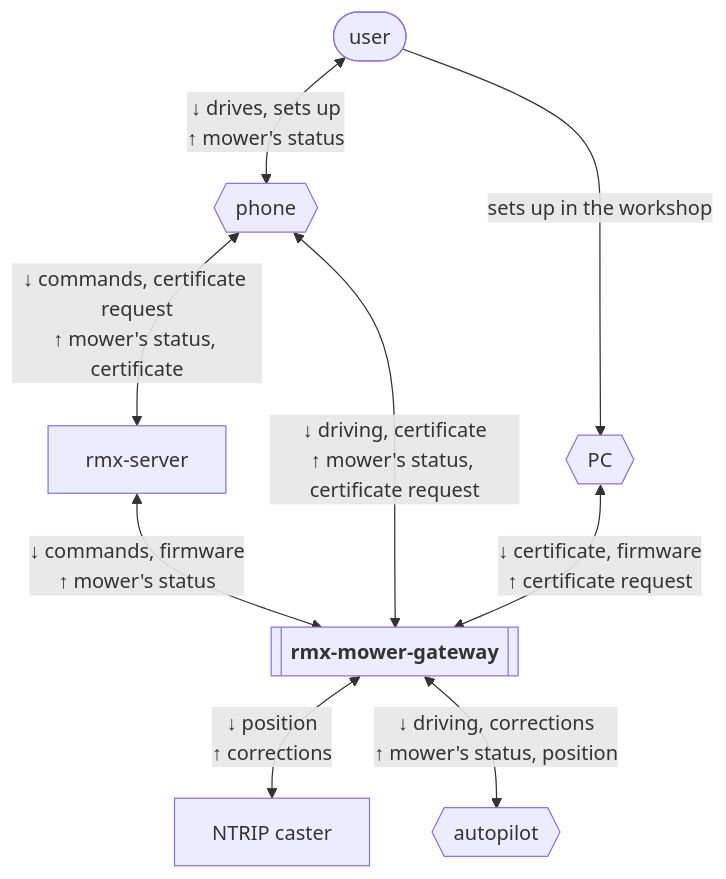
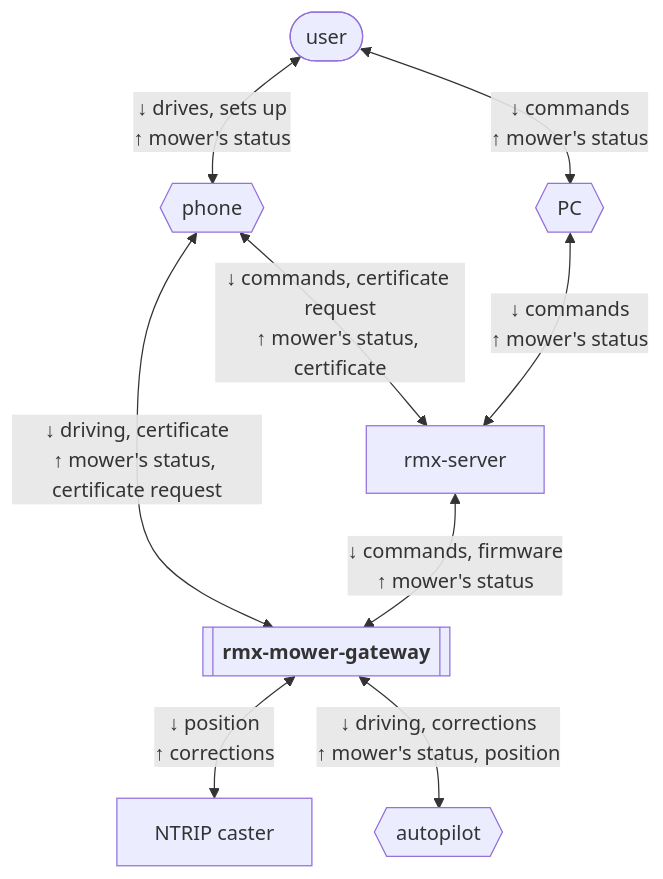
The first of 6 diagrams in .esp-architecture/diagrams/diagrams.md (rmx-lt/rmx-mower-gateway), drawn with Mermaid before and after one commit. The commit also changed 1 other file, not shown here.

Commit message:
Context: the PC is the user's, through rmx-server

````diff
--- a/.esp-architecture/diagrams/diagrams.md
+++ b/.esp-architecture/diagrams/diagrams.md
@@ -7,18 +7,18 @@
 ```mermaid
 flowchart TD
   n_system[["<b>rmx-mower-gateway</b>"]]
   n_user(["user"])
   n_phone{{"phone"}}
   n_pc{{"PC"}}
   n_rmx_server["rmx-server"]
   n_ntrip_caster["NTRIP caster"]
   n_autopilot{{"autopilot"}}
   n_user <-->|"↓ drives, sets up<br/>↑ mower's status"| n_phone
-  n_user -->|"sets up in the workshop"| n_pc
+  n_user <-->|"↓ commands<br/>↑ mower's status"| n_pc
   n_phone <-->|"↓ commands, certificate request<br/>↑ mower's status, certificate"| n_rmx_server
   n_phone <-->|"↓ driving, certificate<br/>↑ mower's status, certificate request"| n_system
-  n_pc <-->|"↓ certificate, firmware<br/>↑ certificate request"| n_system
+  n_pc <-->|"↓ commands<br/>↑ mower's status"| n_rmx_server
   n_rmx_server <-->|"↓ commands, firmware<br/>↑ mower's status"| n_system
   n_system <-->|"↓ position<br/>↑ corrections"| n_ntrip_caster
   n_system <-->|"↓ driving, corrections<br/>↑ mower's status, position"| n_autopilot
 ```
````
